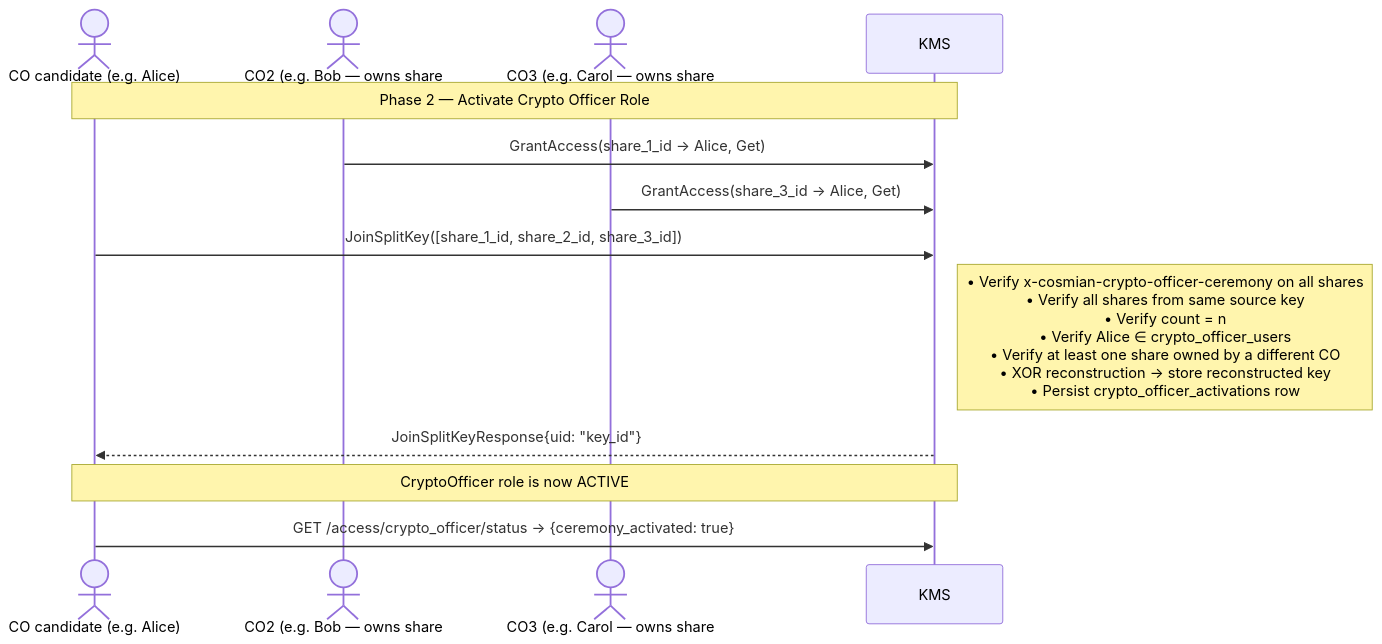
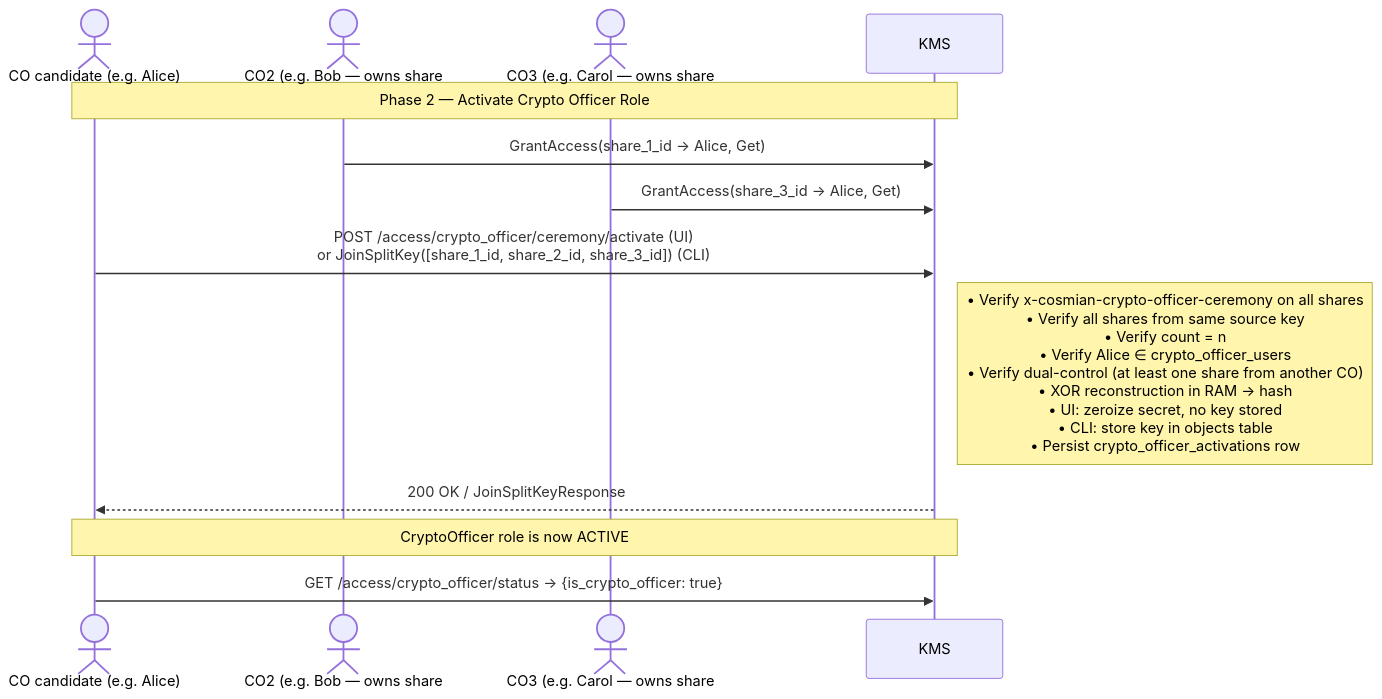
The third of 6 diagrams in documentation/docs/configuration/authorization/key_ceremony.md (Cosmian/kms), drawn with Mermaid before and after one commit. The commit also changed other lines of this file and 16 other files, not shown here.

````diff
--- a/documentation/docs/configuration/authorization/key_ceremony.md
+++ b/documentation/docs/configuration/authorization/key_ceremony.md
@@ -204,19 +227,19 @@
 ```mermaid
 sequenceDiagram
     actor CO as CO candidate (e.g. Alice)
     actor CO2 as CO2 (e.g. Bob — owns share#1)
     actor CO3 as CO3 (e.g. Carol — owns share#3)
     participant KMS
 
     Note over CO,KMS: Phase 2 — Activate Crypto Officer Role
 
     CO2->>KMS: GrantAccess(share_1_id → Alice, Get)
     CO3->>KMS: GrantAccess(share_3_id → Alice, Get)
 
-    CO->>KMS: JoinSplitKey([share_1_id, share_2_id, share_3_id])
-    Note right of KMS: • Verify x-cosmian-crypto-officer-ceremony on all shares<br/>• Verify all shares from same source key<br/>• Verify count = n<br/>• Verify Alice ∈ crypto_officer_users<br/>• Verify at least one share owned by a different CO<br/>• XOR reconstruction → store reconstructed key<br/>• Persist crypto_officer_activations row
-    KMS-->>CO: JoinSplitKeyResponse{uid: "key_id"}
+    CO->>KMS: POST /access/crypto_officer/ceremony/activate (UI)<br/>or JoinSplitKey([share_1_id, share_2_id, share_3_id]) (CLI)
+    Note right of KMS: • Verify x-cosmian-crypto-officer-ceremony on all shares<br/>• Verify all shares from same source key<br/>• Verify count = n<br/>• Verify Alice ∈ crypto_officer_users<br/>• Verify dual-control (at least one share from another CO)<br/>• XOR reconstruction in RAM → hash<br/>• UI: zeroize secret, no key stored<br/>• CLI: store key in objects table<br/>• Persist crypto_officer_activations row
+    KMS-->>CO: 200 OK / JoinSplitKeyResponse
 
     Note over CO,KMS: CryptoOfficer role is now ACTIVE
-    CO->>KMS: GET /access/crypto_officer/status → {ceremony_activated: true}
+    CO->>KMS: GET /access/crypto_officer/status → {is_crypto_officer: true}
 ```
````
